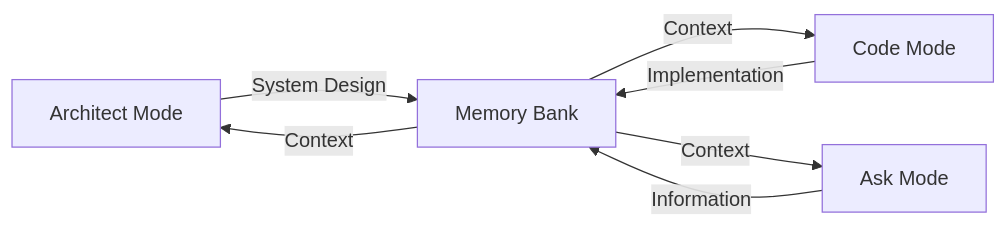
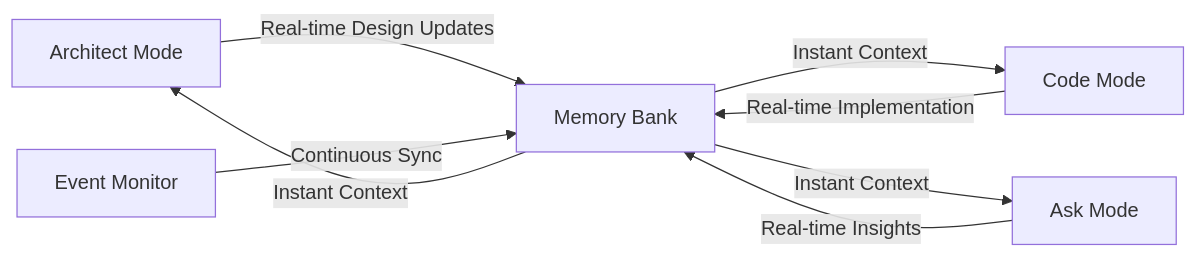
The third of 4 diagrams in README.md (shaunie2fly/roo-code-memory-bank), drawn with Mermaid before and after one commit. The commit also changed other lines of this file and 4 other files, not shown here.

Commit message:
modified:   .clinerules-ask 	modified:   .clinerules-code 	modified:   README.md 	modified:   developer-primer.md

````diff
--- a/README.md
+++ b/README.md
@@ -119,9 +124,10 @@
 ```mermaid
 graph LR
-    A[Architect Mode] -->|System Design| B[Memory Bank]
-    C[Code Mode] -->|Implementation| B
-    D[Ask Mode] -->|Information| B
-    B -->|Context| A
-    B -->|Context| C
-    B -->|Context| D
+    A[Architect Mode] -->|Real-time Design Updates| B[Memory Bank]
+    C[Code Mode] -->|Real-time Implementation| B
+    D[Ask Mode] -->|Real-time Insights| B
+    B -->|Instant Context| A
+    B -->|Instant Context| C
+    B -->|Instant Context| D
+    E[Event Monitor] -->|Continuous Sync| B
 ```
````
